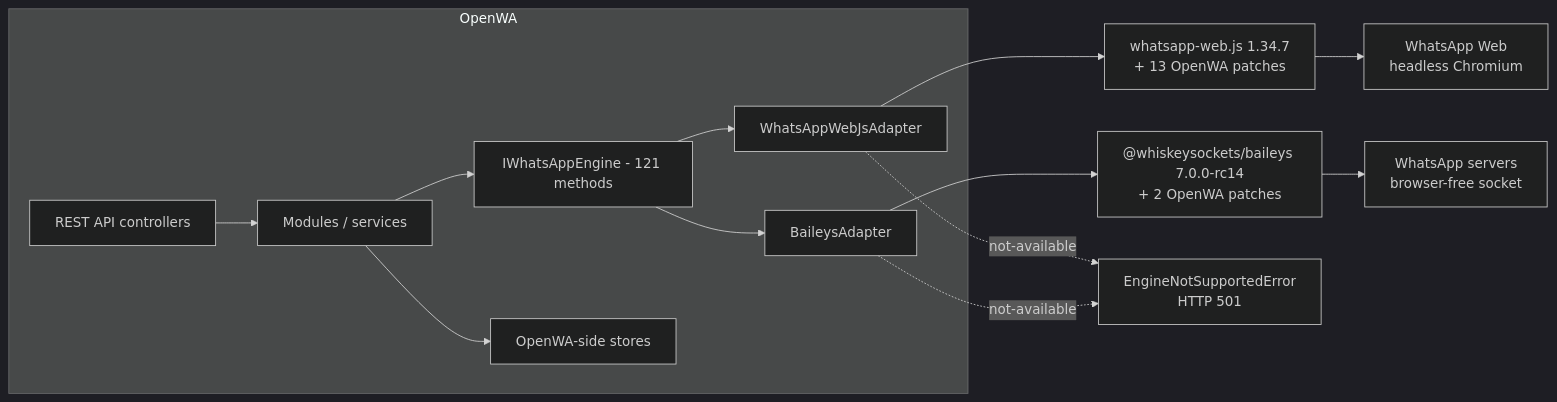
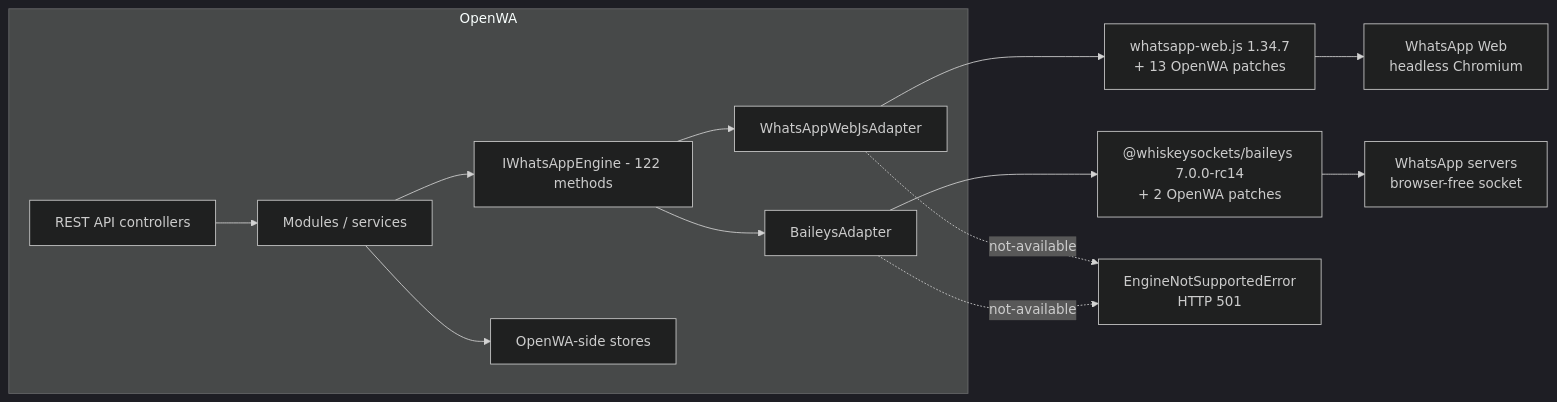
One commit to purnamcommunity/OpenWA changed the first of 2 diagrams in docs/29-engine-capability-matrix.md. Above: the diagram before and after it, drawn with Mermaid (dark theme). The commit also changed other lines of this file and 9 other files, not shown here.

First line of the commit message:
fix(pairing): cancel a running pairing flow before another, and expose the cancel

````diff
--- a/docs/29-engine-capability-matrix.md
+++ b/docs/29-engine-capability-matrix.md
@@ -43,16 +43,16 @@
 ```mermaid
 flowchart LR
     subgraph OpenWA["OpenWA"]
         API["REST API controllers"] --> SVC["Modules / services"]
-        SVC --> IF["IWhatsAppEngine - 121 methods"]
+        SVC --> IF["IWhatsAppEngine - 122 methods"]
         IF --> WA["WhatsAppWebJsAdapter"]
         IF --> BA["BaileysAdapter"]
         SVC --> STORE["OpenWA-side stores"]
     end
     WA --> WLIB["whatsapp-web.js 1.34.7<br/>+ 13 OpenWA patches"]
     BA --> BLIB["@whiskeysockets/baileys 7.0.0-rc14<br/>+ 2 OpenWA patches"]
     WLIB --> WEB["WhatsApp Web<br/>headless Chromium"]
     BLIB --> WAS["WhatsApp servers<br/>browser-free socket"]
     WA -.->|"not-available"| E["EngineNotSupportedError<br/>HTTP 501"]
     BA -.->|"not-available"| E
 ```
````
